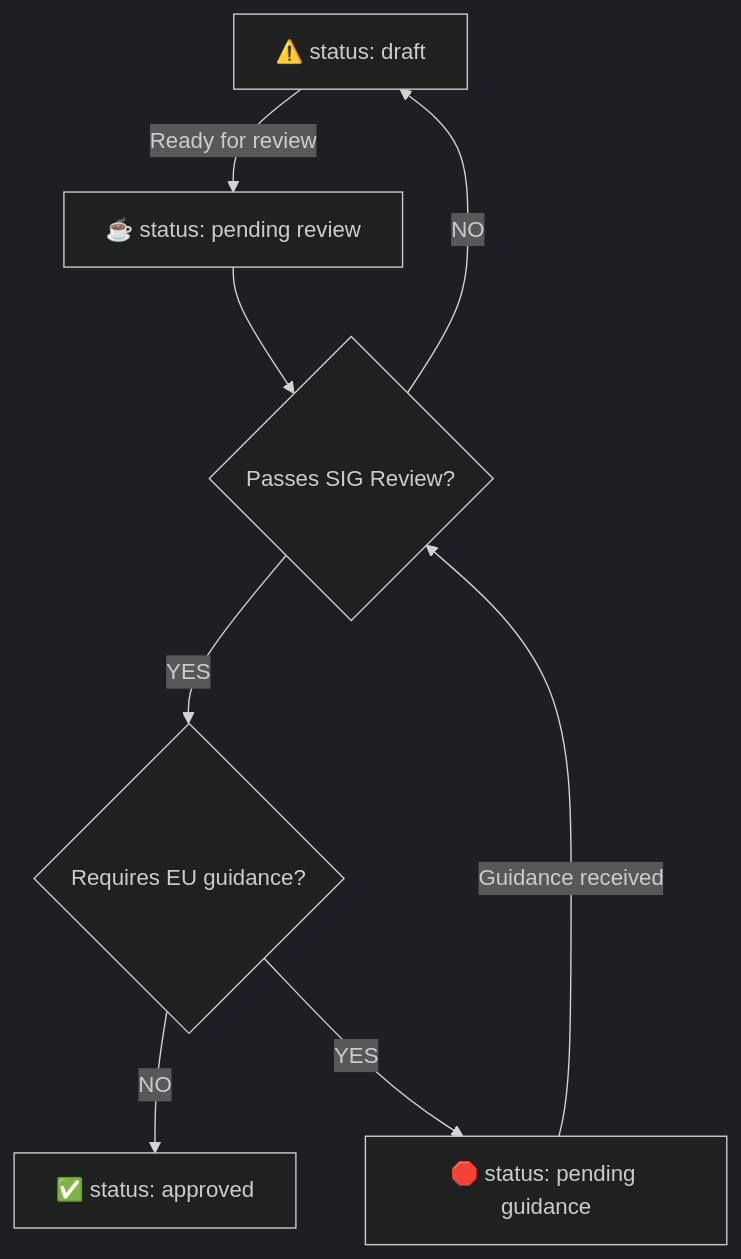
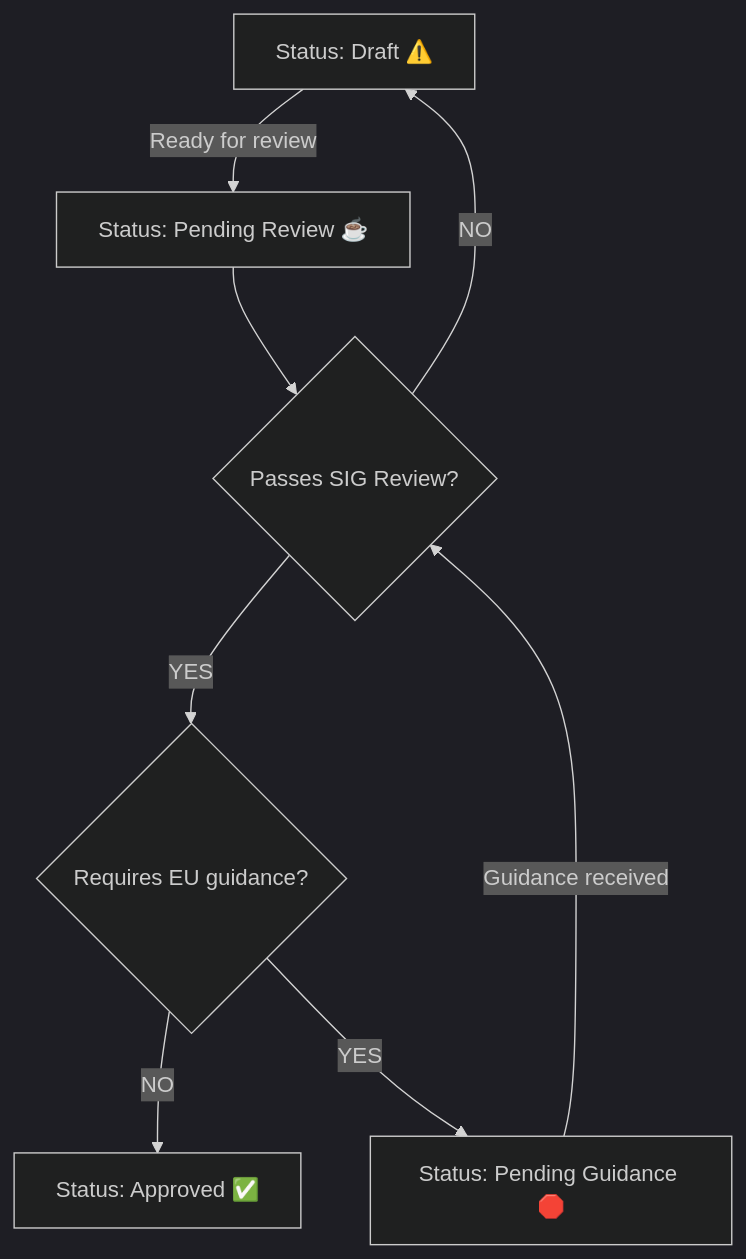
One commit to orcwg/cra-hub changed the first of 2 diagrams in faq.md. Above: the diagram before and after it, drawn with Mermaid (dark theme).

Commit message:
Minor fix

````diff
--- a/faq.md
+++ b/faq.md
@@ -43,14 +43,14 @@
 ```mermaid
 flowchart TD
-    A[⚠️ status: draft]
-    B[☕️ status: pending review]
-    C[✅ status: approved]
-    D[🛑 status: pending guidance]
+    A[Status: Draft ⚠️]
+    B[Status: Pending Review ☕️]
+    C[Status: Approved ✅]
+    D[Status: Pending Guidance 🛑]
     A -- Ready for review --> B
     B --> SIG{"Passes SIG Review?"}
     SIG -- YES --> Q{"Requires EU guidance?"}
     SIG -- NO --> A
     Q -- NO --> C
     Q -- YES --> D
     D -- Guidance received --> SIG
 ```
````
